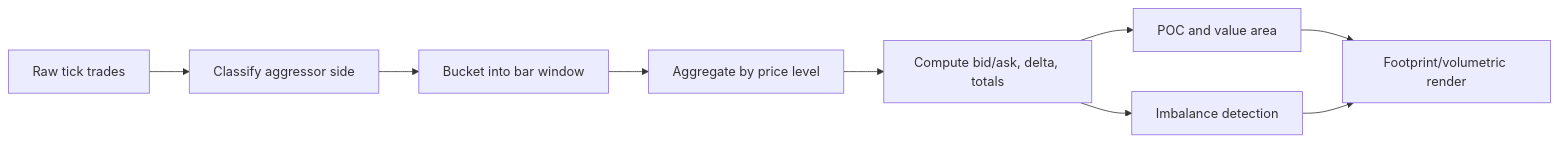
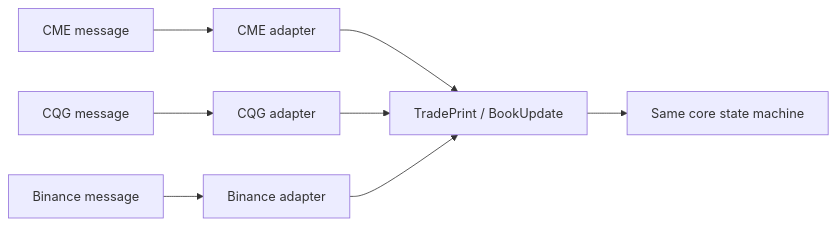
Before and after one commit to gregorian-09/orderflow: the third of 5 diagrams in docs/handbook/01-orderflow-primer.md, drawn with Mermaid. The commit also changed other lines of this file and 21 other files, not shown here.

````diff
--- a/docs/handbook/01-orderflow-primer.md
+++ b/docs/handbook/01-orderflow-primer.md
@@ -60,11 +112,10 @@
 ```mermaid
 flowchart LR
-  A[Raw tick trades] --> B[Classify aggressor side]
-  B --> C[Bucket into bar window]
-  C --> D[Aggregate by price level]
-  D --> E[Compute bid/ask, delta, totals]
-  E --> F[POC and value area]
-  E --> G[Imbalance detection]
-  F --> H[Footprint/volumetric render]
-  G --> H
+    CME[CME message] --> CMEAdapter[CME adapter]
+    CQG[CQG message] --> CQGAdapter[CQG adapter]
+    Binance[Binance message] --> BinanceAdapter[Binance adapter]
+    CMEAdapter --> Trade[TradePrint / BookUpdate]
+    CQGAdapter --> Trade
+    BinanceAdapter --> Trade
+    Trade --> Core[Same core state machine]
 ```
````
